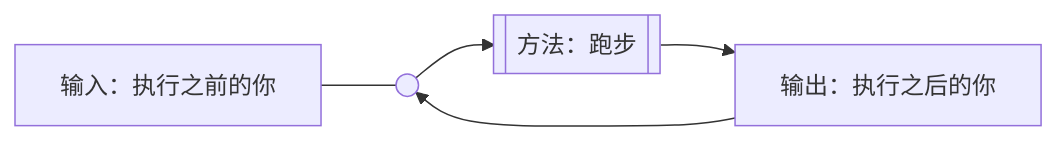
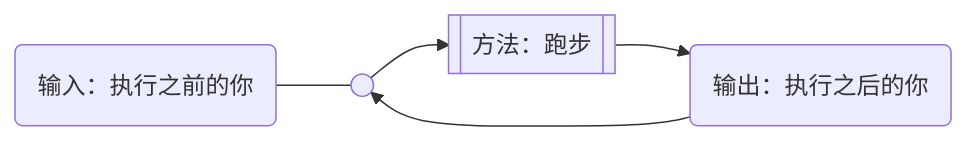
One commit to Dreamwalkor/little-book-of-ai changed the sixth of 7 diagrams in 04.md. Above: the diagram before and after it, drawn with Mermaid. The commit also changed other lines of this file and 2 other files, not shown here.

````diff
--- a/04.md
+++ b/04.md
@@ -93,5 +93,5 @@
 ``` mermaid
 flowchart LR
 
-input[输入：执行之前的你] --- o((\n)) --> method[[方法：跑步]] --> output[输出：执行之后的你] --> o
+input(输入：执行之前的你) --- o(( )) --> method[[方法：跑步]] --> output(输出：执行之后的你) --> o
 ```
````
